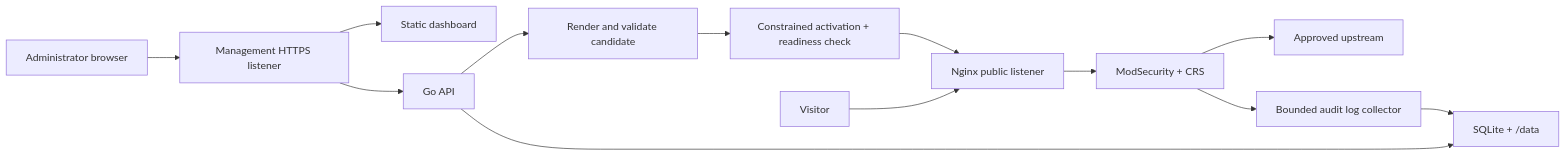
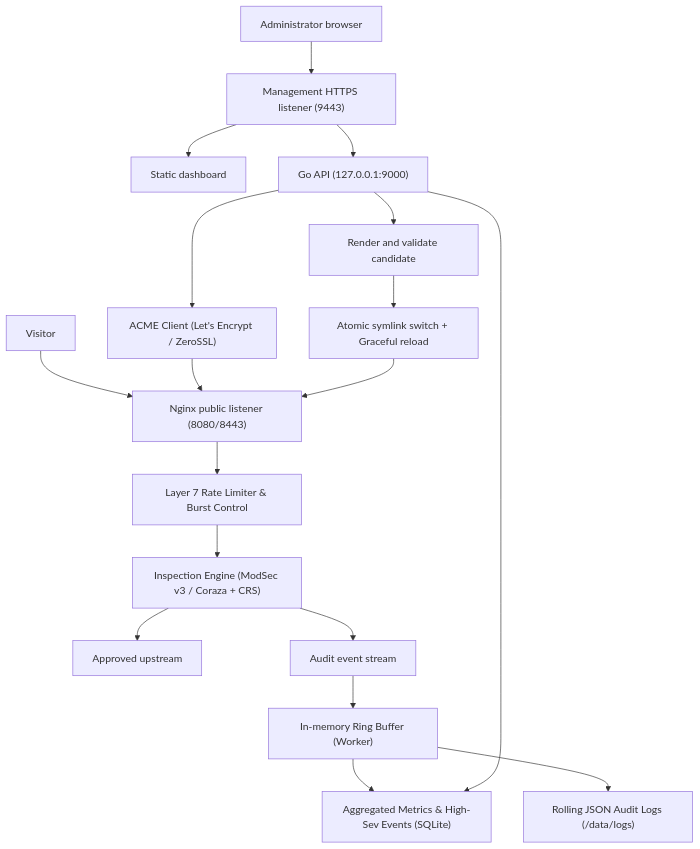
The diagram in docs/architecture/architecture.md (boniyeamincse/ariba-waf), drawn with Mermaid before and after one commit. The commit also changed other lines of this file and 5 other files, not shown here.

Commit message:
docs(enterprise): enhance architecture with ACME, ring-buffered metrics, Coraza option, and L7 rate limiting

````diff
--- a/docs/architecture/architecture.md
+++ b/docs/architecture/architecture.md
@@ -29,15 +30,23 @@
 ```mermaid
-flowchart LR
-    Visitor["Visitor"] --> Public["Nginx public listener"]
-    Public --> Inspect["ModSecurity + CRS"]
+flowchart TD
+    Visitor["Visitor"] --> Public["Nginx public listener (8080/8443)"]
+    Public --> Limiter["Layer 7 Rate Limiter & Burst Control"]
+    Limiter --> Inspect["Inspection Engine (ModSec v3 / Coraza + CRS)"]
     Inspect --> Origin["Approved upstream"]
-    Browser["Administrator browser"] --> Mgmt["Management HTTPS listener"]
+    
+    Browser["Administrator browser"] --> Mgmt["Management HTTPS listener (9443)"]
     Mgmt --> UI["Static dashboard"]
-    Mgmt --> API["Go API"]
-    API --> DB["SQLite + /data"]
+    Mgmt --> API["Go API (127.0.0.1:9000)"]
+    
+    Inspect --> LogStream["Audit event stream"]
+    LogStream --> RingBuf["In-memory Ring Buffer (Worker)"]
+    RingBuf --> RawLogs["Rolling JSON Audit Logs (/data/logs)"]
+    RingBuf --> DB["Aggregated Metrics & High-Sev Events (SQLite)"]
+    
+    API --> DB
+    API --> ACME["ACME Client (Let's Encrypt / ZeroSSL)"]
+    ACME --> Public
     API --> Candidate["Render and validate candidate"]
-    Candidate --> Activate["Constrained activation + readiness check"]
+    Candidate --> Activate["Atomic symlink switch + Graceful reload"]
     Activate --> Public
-    Inspect --> Audit["Bounded audit log collector"]
-    Audit --> DB
 ```
````
